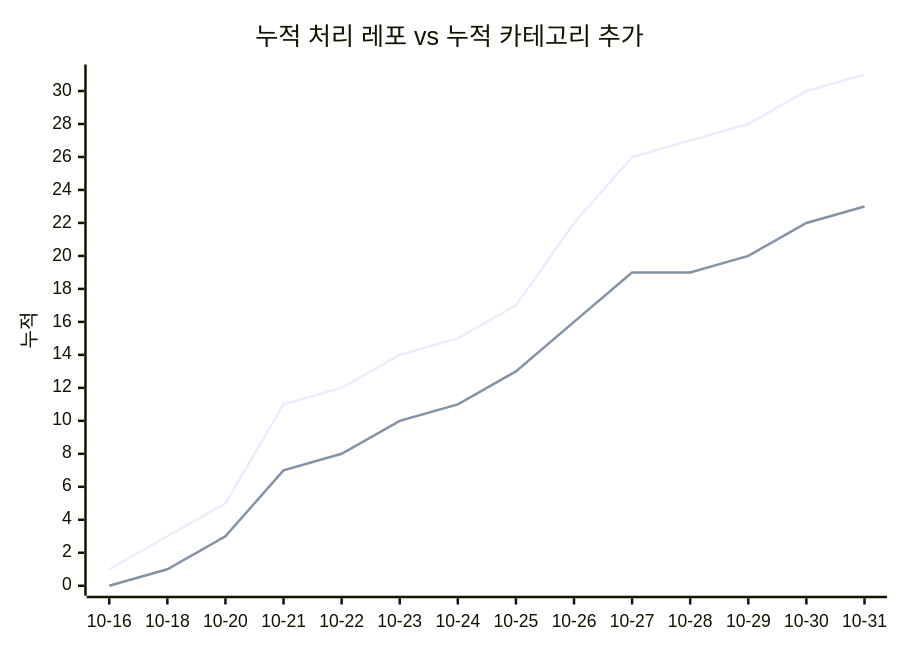
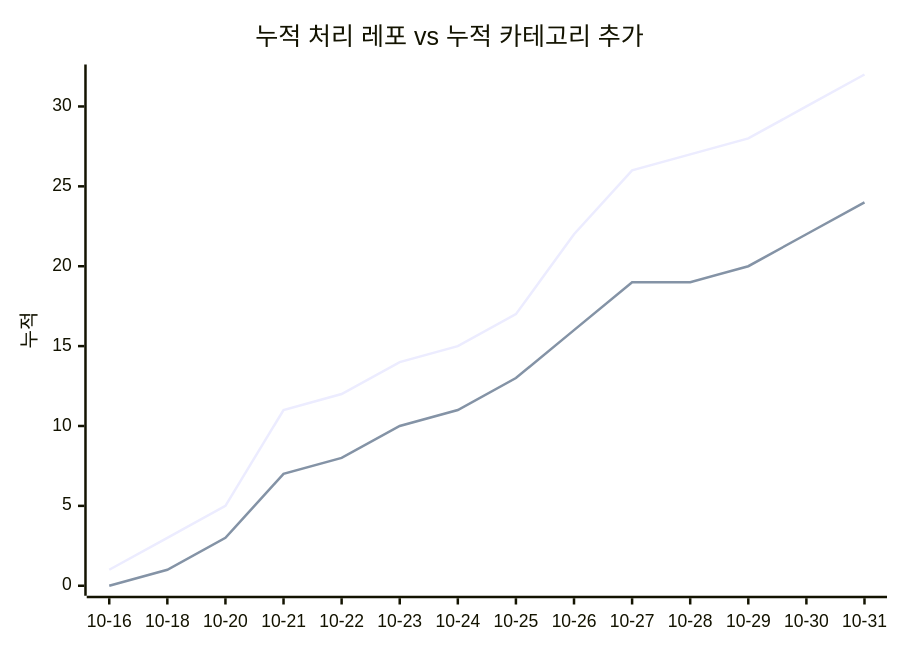
One commit to J-nowcow/awesome-korean-agent-skills changed the second of 2 diagrams in docs/trends.md. Above: the diagram before and after it, drawn with Mermaid. The commit also changed other lines of this file and 4 other files, not shown here.

````diff
--- a/docs/trends.md
+++ b/docs/trends.md
@@ -68,8 +68,8 @@
 ```mermaid
 xychart-beta
     title "누적 처리 레포 vs 누적 카테고리 추가"
     x-axis ["10-16","10-18","10-20","10-21","10-22","10-23","10-24","10-25","10-26","10-27","10-28","10-29","10-30","10-31"]
     y-axis "누적"
-    line [1,3,5,11,12,14,15,17,22,26,27,28,30,31]
-    line [0,1,3,7,8,10,11,13,16,19,19,20,22,23]
+    line [1,3,5,11,12,14,15,17,22,26,27,28,30,32]
+    line [0,1,3,7,8,10,11,13,16,19,19,20,22,24]
 ```
````
